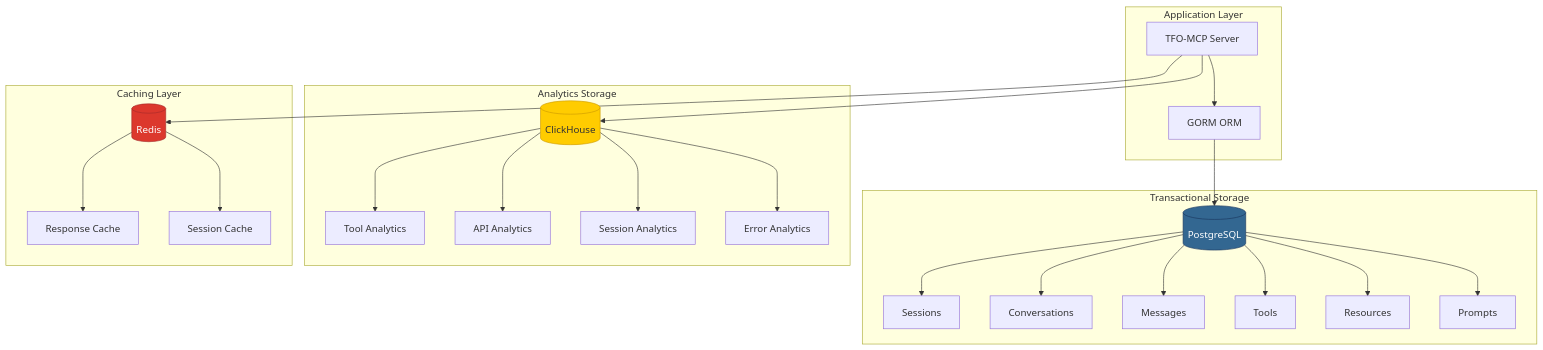
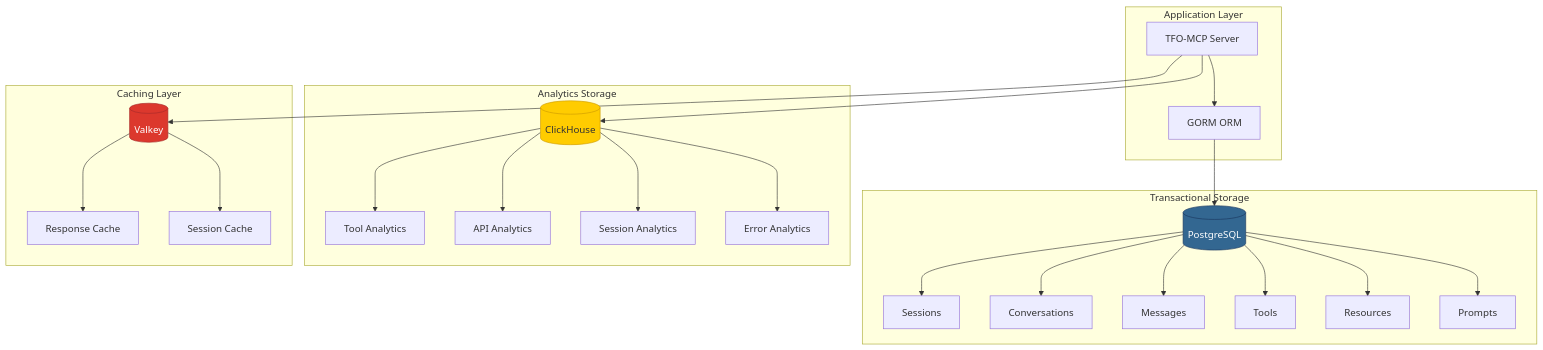
Diagram 23 of 30 in mcp/ARCHITECTURE.md (telemetryflow/telemetryflow-overview), drawn with Mermaid before and after one commit. The commit also changed other lines of this file and 23 other files, not shown here.

First line of the commit message:
docs: relabel Redis->Valkey in architecture/diagrams/prose (follow-up sweep)

````diff
--- a/mcp/ARCHITECTURE.md
+++ b/mcp/ARCHITECTURE.md
@@ -1047,55 +1047,55 @@
 ```mermaid
 graph TB
     subgraph "Application Layer"
         MCP[TFO-MCP Server]
         GORM[GORM ORM]
     end
 
     subgraph "Transactional Storage"
         PG[(PostgreSQL)]
         PG_SESSIONS[Sessions]
         PG_CONV[Conversations]
         PG_MSG[Messages]
         PG_TOOLS[Tools]
         PG_RES[Resources]
         PG_PROMPTS[Prompts]
     end
 
     subgraph "Analytics Storage"
         CH[(ClickHouse)]
         CH_TOOL[Tool Analytics]
         CH_API[API Analytics]
         CH_SESSION[Session Analytics]
         CH_ERROR[Error Analytics]
     end
 
     subgraph "Caching Layer"
-        REDIS[(Redis)]
+        REDIS[(Valkey)]
         REDIS_CACHE[Response Cache]
         REDIS_SESSION[Session Cache]
     end
 
     MCP --> GORM
     GORM --> PG
     MCP --> CH
     MCP --> REDIS
 
     PG --> PG_SESSIONS
     PG --> PG_CONV
     PG --> PG_MSG
     PG --> PG_TOOLS
     PG --> PG_RES
     PG --> PG_PROMPTS
 
     CH --> CH_TOOL
     CH --> CH_API
     CH --> CH_SESSION
     CH --> CH_ERROR
 
     REDIS --> REDIS_CACHE
     REDIS --> REDIS_SESSION
 
     style PG fill:#336791,stroke:#1A365D,color:#fff
     style CH fill:#FFCC00,stroke:#CC9900
     style REDIS fill:#DC382D,stroke:#A52A2A,color:#fff
 ```
````
